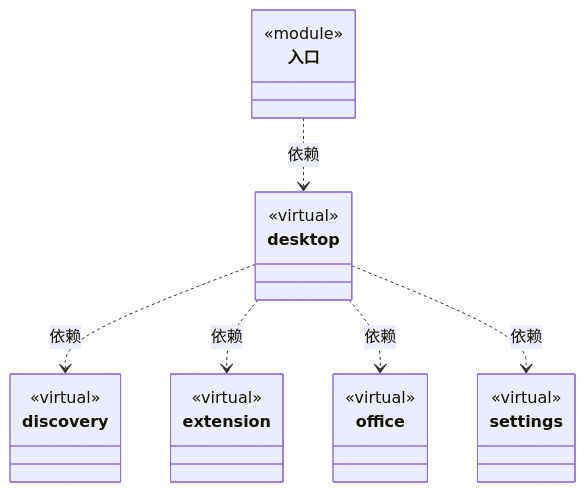
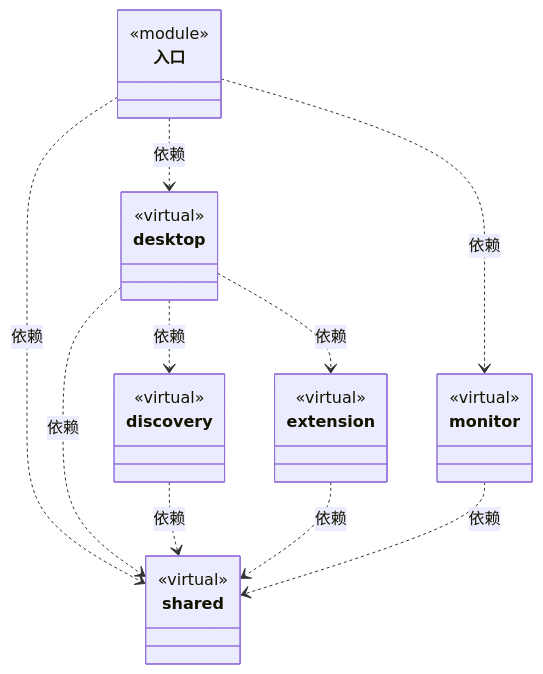
One commit to nan023062/cbim changed the first of 2 diagrams in src/view-new/ARCHITECTURE.md. Above: the diagram before and after it, drawn with Mermaid. The commit also changed other lines of this file and 24 other files, not shown here.

First line of the commit message:
chore: repair test ownership and architecture documentation

````diff
--- a/src/view-new/ARCHITECTURE.md
+++ b/src/view-new/ARCHITECTURE.md
@@ -27,32 +27,36 @@
 ```mermaid
 classDiagram
+class N_a94f7ca21bb9["shared"] {
+  <<virtual>>
+}
+click N_a94f7ca21bb9 href "shared/ARCHITECTURE.md"
+class N_b08560c38277["入口"] {
+  <<module>>
+}
+click N_b08560c38277 href "main.ts"
 class N_3b750e3edb60["desktop"] {
   <<virtual>>
 }
 click N_3b750e3edb60 href "desktop/ARCHITECTURE.md"
-class N_b08560c38277["入口"] {
-  <<module>>
-}
-click N_b08560c38277 href "main.ts"
 class N_52575372bc39["discovery"] {
   <<virtual>>
 }
 click N_52575372bc39 href "discovery/ARCHITECTURE.md"
 class N_3581845b4caa["extension"] {
   <<virtual>>
 }
 click N_3581845b4caa href "extension/ARCHITECTURE.md"
-class N_3a7479c3194b["office"] {
+class N_c05d0a357d4a["monitor"] {
   <<virtual>>
 }
-click N_3a7479c3194b href "office/ARCHITECTURE.md"
-class N_d63ed31fde81["settings"] {
-  <<virtual>>
-}
-click N_d63ed31fde81 href "settings/ARCHITECTURE.md"
+click N_c05d0a357d4a href "monitor/ARCHITECTURE.md"
 N_b08560c38277 ..> N_3b750e3edb60 : 依赖
+N_b08560c38277 ..> N_c05d0a357d4a : 依赖
+N_b08560c38277 ..> N_a94f7ca21bb9 : 依赖
 N_3b750e3edb60 ..> N_52575372bc39 : 依赖
 N_3b750e3edb60 ..> N_3581845b4caa : 依赖
-N_3b750e3edb60 ..> N_3a7479c3194b : 依赖
-N_3b750e3edb60 ..> N_d63ed31fde81 : 依赖
+N_3b750e3edb60 ..> N_a94f7ca21bb9 : 依赖
+N_52575372bc39 ..> N_a94f7ca21bb9 : 依赖
+N_3581845b4caa ..> N_a94f7ca21bb9 : 依赖
+N_c05d0a357d4a ..> N_a94f7ca21bb9 : 依赖
 ```
````
